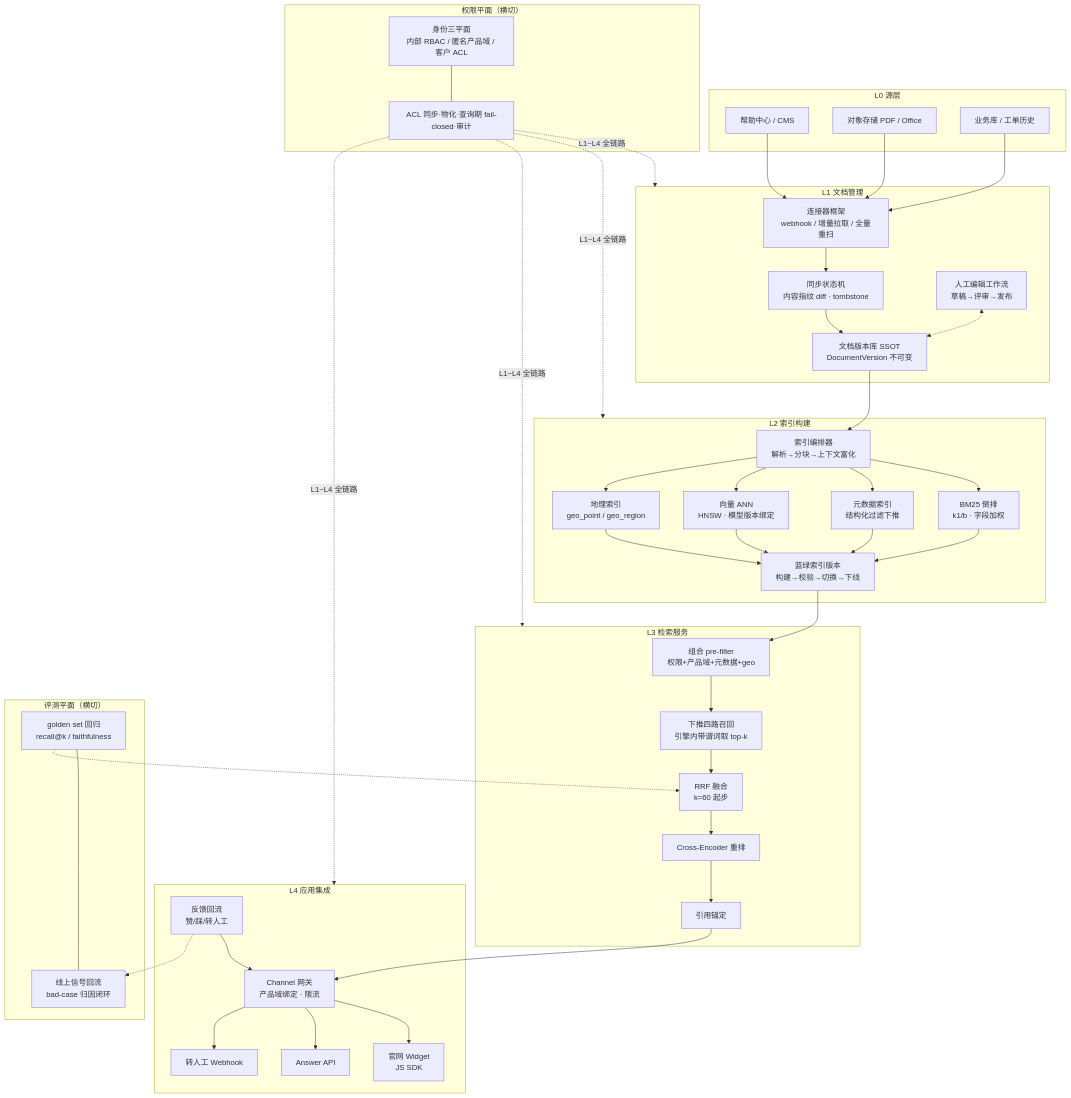
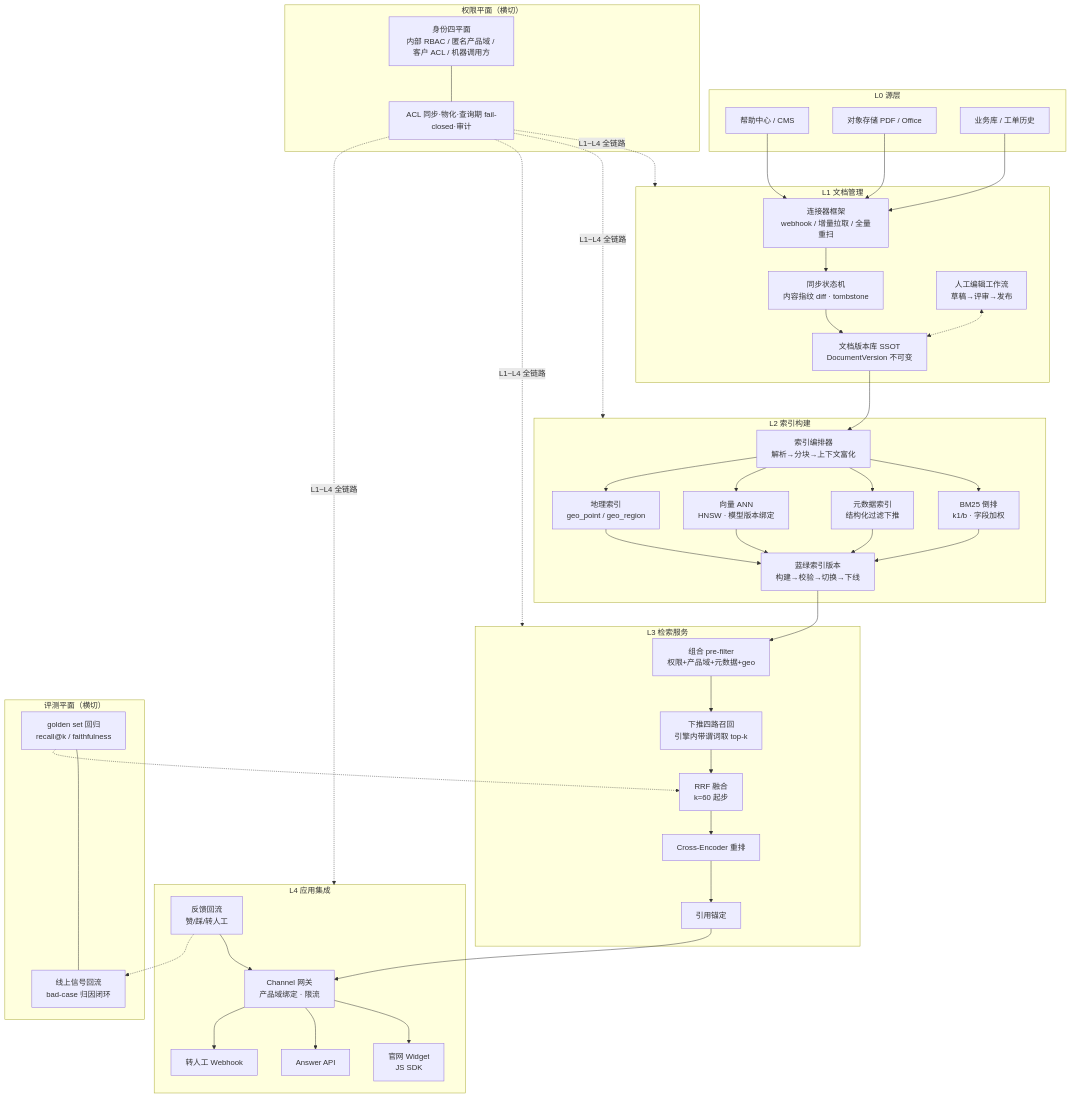
Before and after one commit to ThreeFish-AI/negentropy: the diagram in docs/assets/mermaid/design/knowledge-base-platform--architecture.mmd, drawn with Mermaid. The commit also changed 10 other files, not shown here.

First line of the commit message:
docs(diagrams): architecture 图身份三平面→四平面同步重渲与图源计数口径修正;

```diff
--- a/docs/assets/mermaid/design/knowledge-base-platform--architecture.mmd
+++ b/docs/assets/mermaid/design/knowledge-base-platform--architecture.mmd
@@ -1,71 +1,71 @@
-%%source: docs/concepts/design/knowledge-base-platform.md §1 总体架构（六层参考架构 + 权限/评测横切平面）
+%%source: docs/concepts/design/knowledge-base-platform.md §1 总体架构（五层参考架构 + 权限/评测横切平面）
 %%slug: design/knowledge-base-platform--architecture
 %%type: architecture
 %%derived: 新创作，无原文 mermaid 块；知识库平台参考架构（独立通用方案）
 %%fix: 评审 R1 blocker——L3 次序改为「组合 pre-filter 下推四路召回」在前，与 §3.3/§5.2 安全不变量一致
 flowchart TD
   subgraph L0["L0 源层"]
     S1["帮助中心 / CMS"]
     S2["对象存储 PDF / Office"]
     S3["业务库 / 工单历史"]
   end
 
   subgraph L1["L1 文档管理"]
     C1["连接器框架<br/>webhook / 增量拉取 / 全量重扫"]
     C2["同步状态机<br/>内容指纹 diff · tombstone"]
     C3["文档版本库 SSOT<br/>DocumentVersion 不可变"]
     C4["人工编辑工作流<br/>草稿→评审→发布"]
     C1 --> C2 --> C3
     C4 <-.-> C3
   end
 
   subgraph L2["L2 索引构建"]
     I0["索引编排器<br/>解析→分块→上下文富化"]
     I1["BM25 倒排<br/>k1/b · 字段加权"]
     I2["元数据索引<br/>结构化过滤下推"]
     I3["向量 ANN<br/>HNSW · 模型版本绑定"]
     I4["地理索引<br/>geo_point / geo_region"]
     I5["蓝绿索引版本<br/>构建→校验→切换→下线"]
     I0 --> I1 & I2 & I3 & I4
     I1 & I2 & I3 & I4 --> I5
   end
 
   subgraph L3["L3 检索服务"]
     R1["组合 pre-filter<br/>权限+产品域+元数据+geo"]
     R2["下推四路召回<br/>引擎内带谓词取 top-k"]
     R3["RRF 融合<br/>k=60 起步"]
     R4["Cross-Encoder 重排"]
     R5["引用锚定"]
     R1 --> R2 --> R3 --> R4 --> R5
   end
 
   subgraph L4["L4 应用集成"]
     A1["Channel 网关<br/>产品域绑定 · 限流"]
     A2["官网 Widget<br/>JS SDK"]
     A3["Answer API"]
     A4["转人工 Webhook"]
     A5["反馈回流<br/>赞/踩/转人工"]
     A1 --> A2 & A3
     A1 --> A4
     A5 --> A1
   end
 
   subgraph XP["权限平面（横切）"]
-    P1["身份三平面<br/>内部 RBAC / 匿名产品域 / 客户 ACL"]
+    P1["身份四平面<br/>内部 RBAC / 匿名产品域 / 客户 ACL / 机器调用方"]
     P2["ACL 同步·物化·查询期 fail-closed·审计"]
     P1 --- P2
   end
 
   subgraph XE["评测平面（横切）"]
     E1["golden set 回归<br/>recall@k / faithfulness"]
     E2["线上信号回流<br/>bad-case 归因闭环"]
     E1 --- E2
   end
 
   S1 & S2 & S3 --> C1
   C3 --> I0
   I5 --> R1
   R5 --> A1
   A5 -.-> E2
   E1 -.-> R3
   P2 -.L1~L4 全链路.-> L1 & L2 & L3 & L4
```
